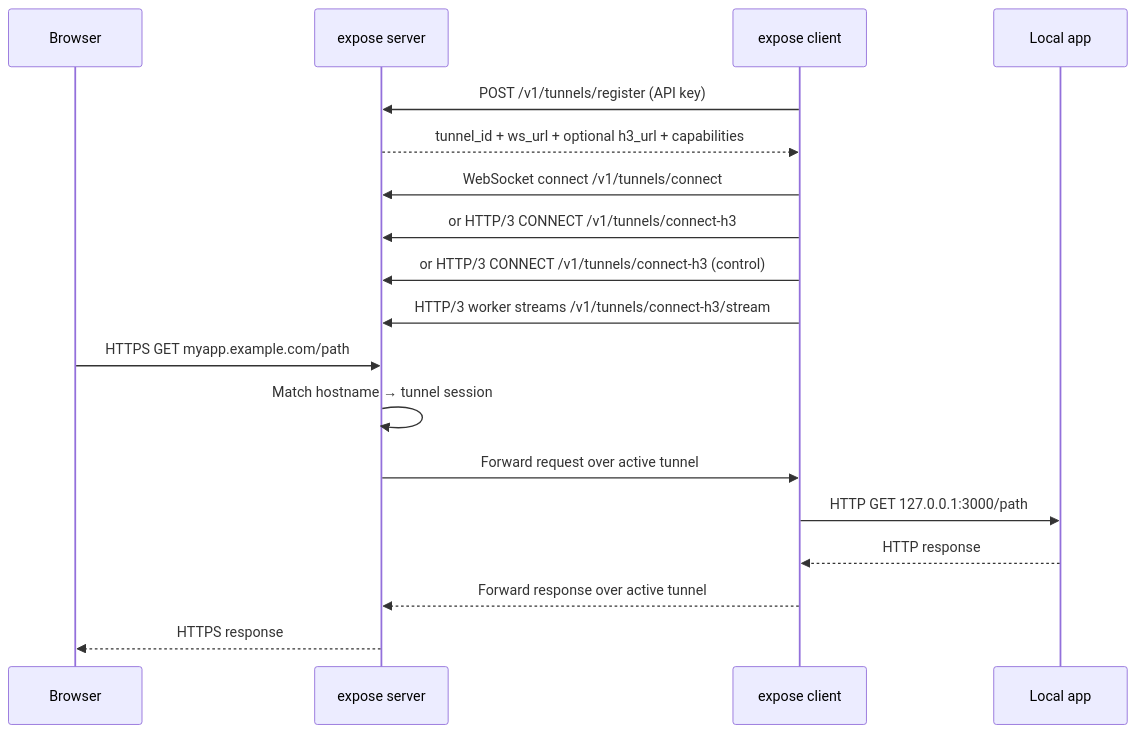
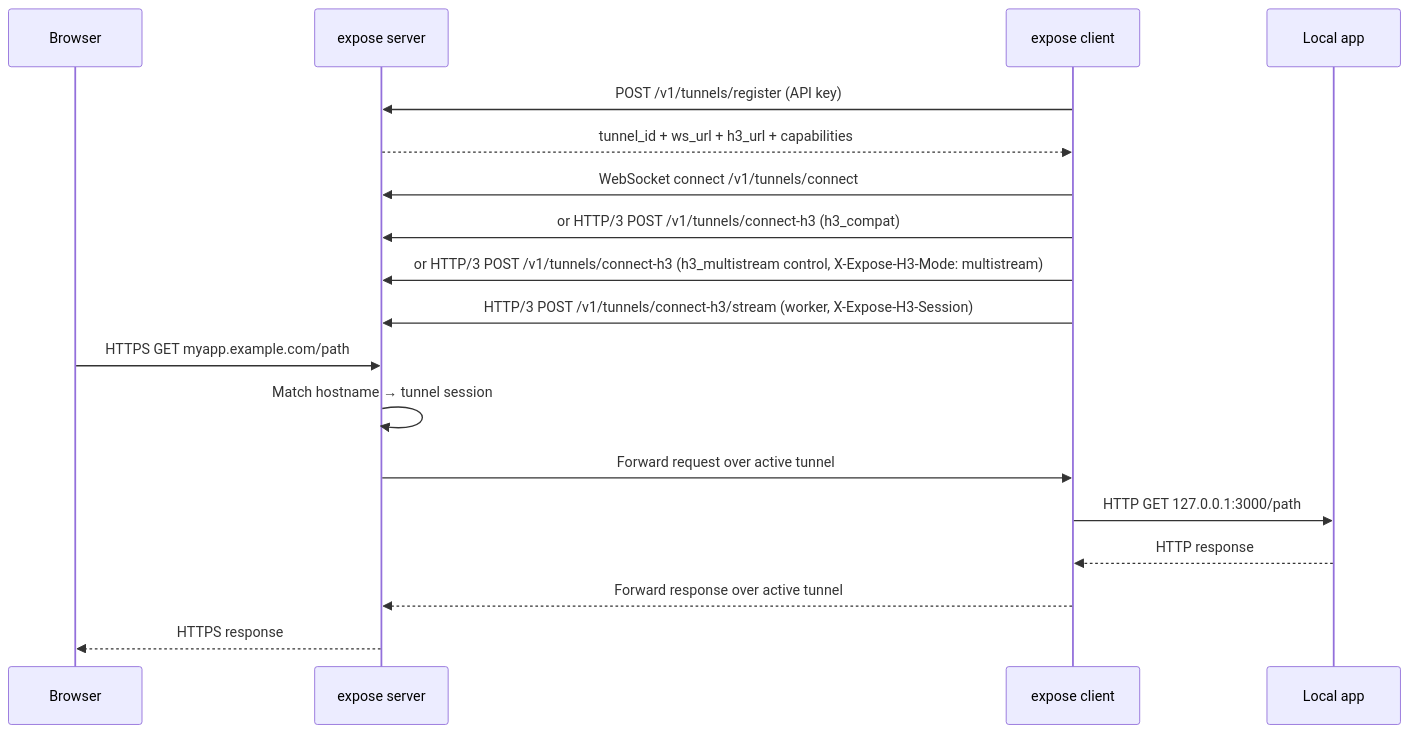
The second of 2 diagrams in docs/architecture-overview.md (koltyakov/expose), drawn with Mermaid before and after one commit. The commit also changed other lines of this file and 8 other files, not shown here.

````diff
--- a/docs/architecture-overview.md
+++ b/docs/architecture-overview.md
@@ -16,22 +16,22 @@
 ```mermaid
 sequenceDiagram
     participant B as Browser
     participant S as expose server
     participant C as expose client
     participant A as Local app
 
     C->>S: POST /v1/tunnels/register (API key)
-    S-->>C: tunnel_id + ws_url + optional h3_url + capabilities
+    S-->>C: tunnel_id + ws_url + h3_url + capabilities
     C->>S: WebSocket connect /v1/tunnels/connect
-    C->>S: or HTTP/3 CONNECT /v1/tunnels/connect-h3
-    C->>S: or HTTP/3 CONNECT /v1/tunnels/connect-h3 (control)
-    C->>S: HTTP/3 worker streams /v1/tunnels/connect-h3/stream
+    C->>S: or HTTP/3 POST /v1/tunnels/connect-h3 (h3_compat)
+    C->>S: or HTTP/3 POST /v1/tunnels/connect-h3 (h3_multistream control, X-Expose-H3-Mode: multistream)
+    C->>S: HTTP/3 POST /v1/tunnels/connect-h3/stream (worker, X-Expose-H3-Session)
 
     B->>S: HTTPS GET myapp.example.com/path
     S->>S: Match hostname → tunnel session
     S->>C: Forward request over active tunnel
     C->>A: HTTP GET 127.0.0.1:3000/path
     A-->>C: HTTP response
     C-->>S: Forward response over active tunnel
     S-->>B: HTTPS response
 ```
````
